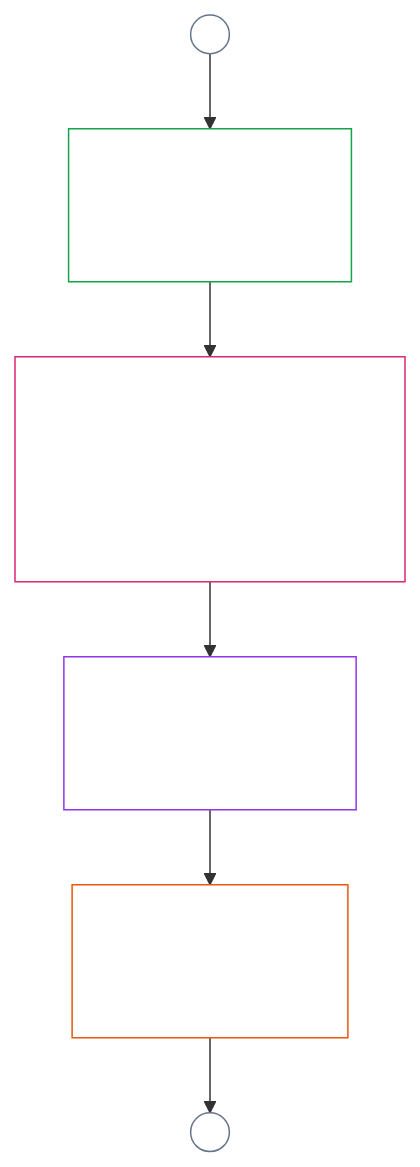
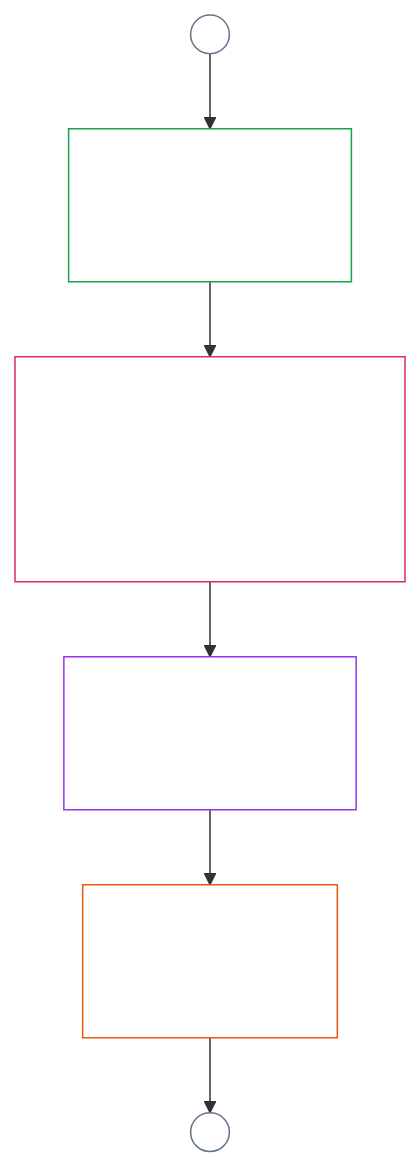
Before and after one commit to kfoelsch/Sentient_Constitution: the diagram in implementation/PROCESS_PIPELINES_READER.md, drawn with Mermaid. The commit also changed other lines of this file and 401 other files, not shown here.

First line of the commit message:
Chapters Twelve to Nineteen renumbered to Thirteen to Twenty (move 363, stage 1 of 3)

````diff
--- a/implementation/PROCESS_PIPELINES_READER.md
+++ b/implementation/PROCESS_PIPELINES_READER.md
@@ -22,14 +22,14 @@
 ```mermaid
 flowchart TB
   C[Certify the system<br/><br/>Chapter Nine] --> S[Measure help and harm<br/><br/>two tracks, never one net score<br/>Chapter Eleven]
   A0((A)) --> C
-  S --> E[Effects and remedy<br/><br/>Chapter Twelve]
-  E --> F[Forum families<br/><br/>Chapter Fourteen]
+  S --> E[Effects and remedy<br/><br/>Chapter Thirteen]
+  E --> F[Forum families<br/><br/>Chapter Fifteen]
   F --> A1((A))
   style C fill:none,stroke:#16a34a,color:#ffffff
   style S fill:none,stroke:#db2777,color:#ffffff
   style E fill:none,stroke:#9333ea,color:#ffffff
   style F fill:none,stroke:#ea580c,color:#ffffff
   style A0 fill:none,stroke:#64748b,color:#ffffff
   style A1 fill:none,stroke:#64748b,color:#ffffff
 ```
````
